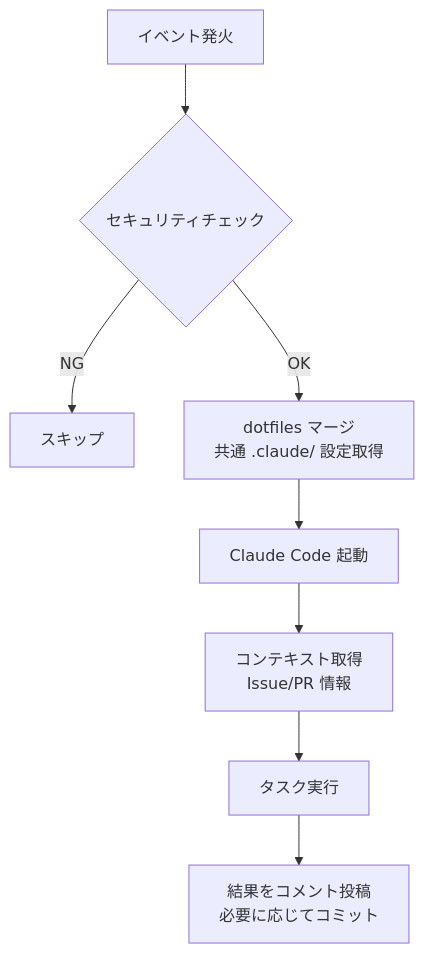
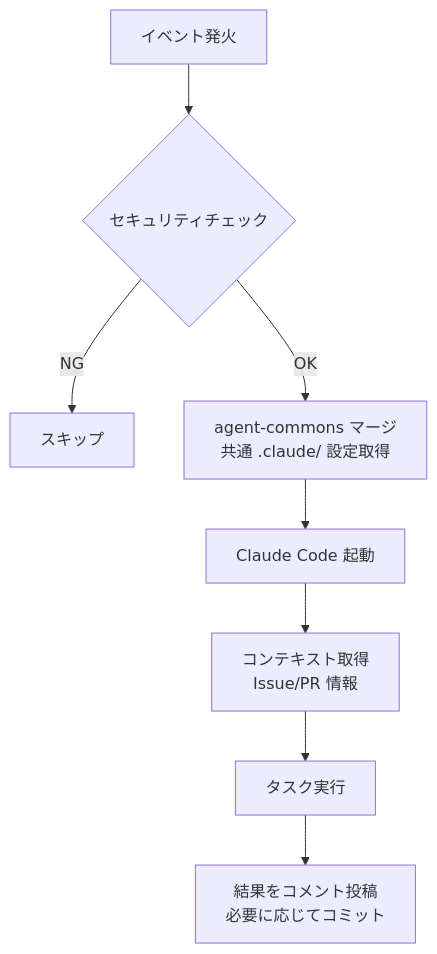
One commit to AnhKun2027/02-Test-webapp changed the diagram in docs/specs/claude-code-actions.md. Above: the diagram before and after it, drawn with Mermaid. The commit also changed other lines of this file and 3 other files, not shown here.

Commit message:
docs: dotfiles → agent-commons 参照更新 (#124)

````diff
--- a/docs/specs/claude-code-actions.md
+++ b/docs/specs/claude-code-actions.md
@@ -47,10 +47,10 @@
 ```mermaid
 flowchart TD
     A[イベント発火] --> B{セキュリティチェック}
     B -->|NG| C[スキップ]
-    B -->|OK| D[dotfiles マージ<br/>共通 .claude/ 設定取得]
+    B -->|OK| D[agent-commons マージ<br/>共通 .claude/ 設定取得]
     D --> E[Claude Code 起動]
     E --> F[コンテキスト取得<br/>Issue/PR 情報]
     F --> G[タスク実行]
     G --> H[結果をコメント投稿<br/>必要に応じてコミット]
 ```
````
